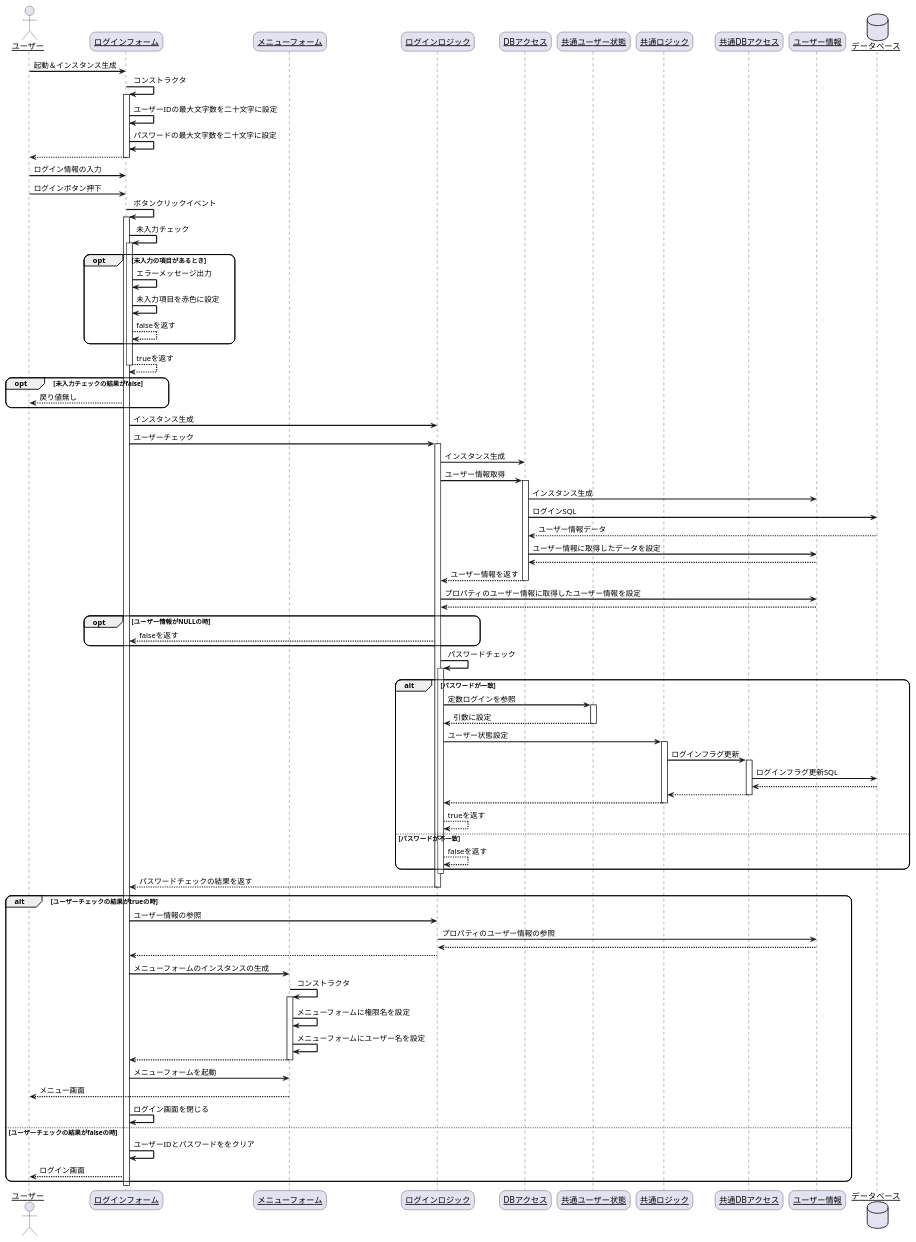
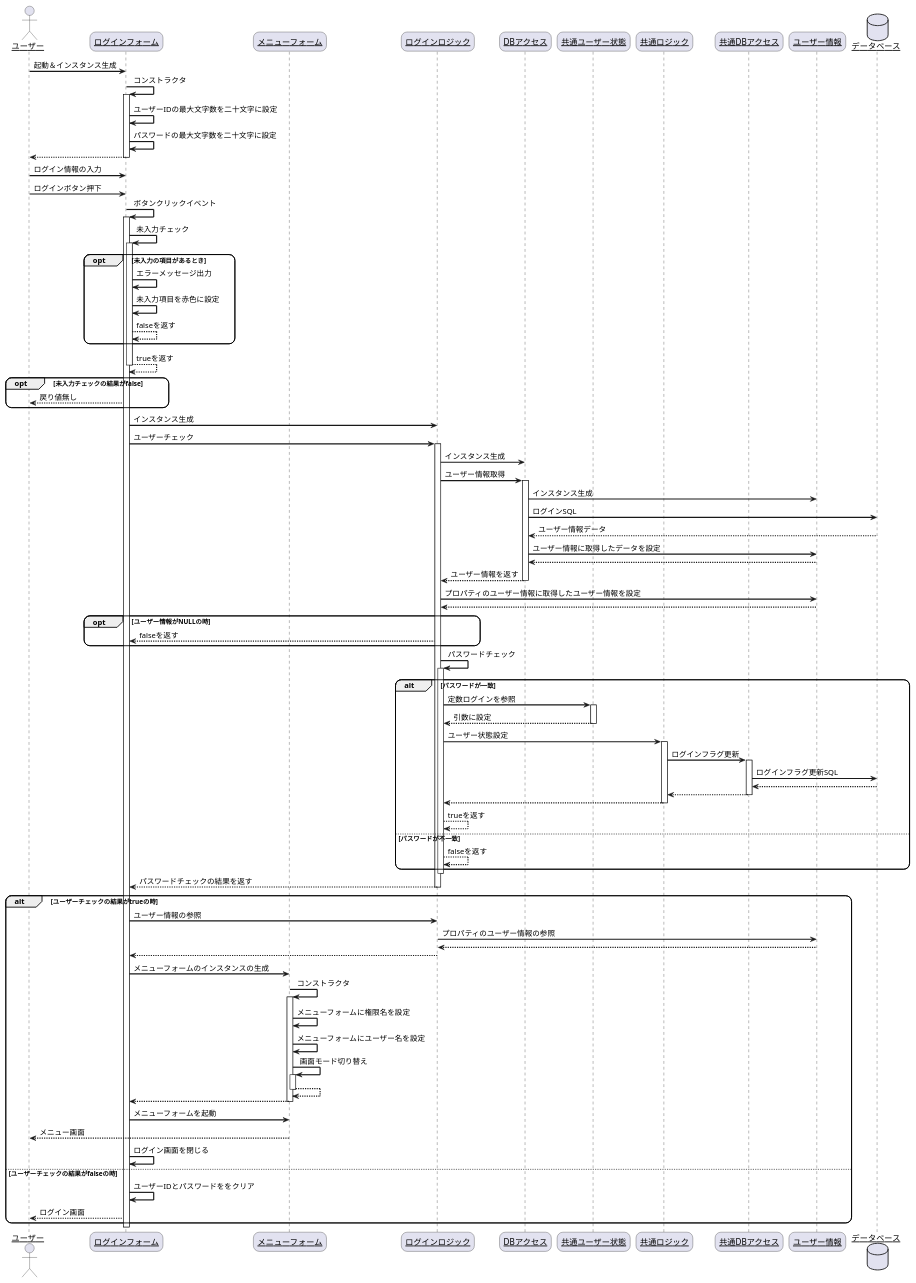
One commit to R-SAIKI/practiceUML changed the diagram in シーケンス図/ログイン.pu. Above: the diagram before and after it, drawn with PlantUML. The commit also changed 9 other files, not shown here.

```diff
--- a/シーケンス図/ログイン.pu
+++ b/シーケンス図/ログイン.pu
@@ -1,108 +1,112 @@
 @startuml
 skinparam sequenceArrowThickness 2
 skinparam roundcorner 20
 skinparam maxmessagesize 60
 skinparam sequenceParticipant underline
 
 actor "ユーザー" as user
 participant "ログインフォーム" as login_form
 participant "メニューフォーム" as menu_form
 participant "ログインロジック" as login_logic
 participant "DBアクセス" as data_acces
 participant "共通ユーザー状態" as enum_user
 participant "共通ロジック" as common_logic
 participant "共通DBアクセス" as common_db
 participant "ユーザー情報" as user_info
 database "データベース" as db
 
 user -> login_form: 起動＆インスタンス生成
 login_form -> login_form: コンストラクタ
 activate login_form
 login_form -> login_form:ユーザーIDの最大文字数を二十文字に設定
 login_form -> login_form:パスワードの最大文字数を二十文字に設定
 
 login_form --> user:
 deactivate login_form
 user -> login_form: ログイン情報の入力
 user -> login_form: ログインボタン押下
 login_form -> login_form: ボタンクリックイベント
 activate login_form
 
 login_form -> login_form: 未入力チェック
 activate login_form
 opt 未入力の項目があるとき
     login_form -> login_form: エラーメッセージ出力
     login_form -> login_form: 未入力項目を赤色に設定
     login_form --> login_form:falseを返す
 end
 login_form --> login_form:trueを返す
 deactivate login_form
 opt 未入力チェックの結果がfalse
     login_form --> user:戻り値無し
 end
 login_form -> login_logic: インスタンス生成
 login_form -> login_logic: ユーザーチェック
 activate login_logic
 login_logic -> data_acces: インスタンス生成
 login_logic -> data_acces: ユーザー情報取得
 activate data_acces
 
 data_acces -> user_info: インスタンス生成
 data_acces -> db: ログインSQL
 db --> data_acces: ユーザー情報データ
 data_acces -> user_info: ユーザー情報に取得したデータを設定
 user_info --> data_acces:
 data_acces --> login_logic: ユーザー情報を返す
 deactivate data_acces
 login_logic -> user_info: プロパティのユーザー情報に取得したユーザー情報を設定
 user_info --> login_logic: 
 opt ユーザー情報がNULLの時
     login_logic --> login_form: falseを返す
 end
 login_logic -> login_logic: パスワードチェック
 activate login_logic
 alt パスワードが一致
     login_logic -> enum_user: 定数ログインを参照
     activate enum_user
     enum_user --> login_logic: 引数に設定
     deactivate enum_user
     login_logic -> common_logic: ユーザー状態設定
     activate common_logic
     common_logic -> common_db: ログインフラグ更新
     activate common_db
     common_db -> db: ログインフラグ更新SQL
     db --> common_db: 
     common_db --> common_logic: 
     deactivate common_db
     common_logic --> login_logic: 
     deactivate common_logic
     login_logic --> login_logic: trueを返す
 else パスワードが不一致
     login_logic --> login_logic: falseを返す
 end
 deactivate login_logic
 login_logic --> login_form: パスワードチェックの結果を返す
 deactivate login_logic
 deactivate login_logic
 alt ユーザーチェックの結果がtrueの時
     login_form -> login_logic: ユーザー情報の参照
     login_logic -> user_info: プロパティのユーザー情報の参照
     user_info --> login_logic: 
     login_logic --> login_form: 
     login_form -> menu_form: メニューフォームのインスタンスの生成
     menu_form -> menu_form: コンストラクタ
     activate menu_form
     menu_form -> menu_form: メニューフォームに権限名を設定
     menu_form -> menu_form: メニューフォームにユーザー名を設定
+    menu_form -> menu_form: 画面モード切り替え
+    activate menu_form
+    menu_form --> menu_form: 
+    deactivate menu_form
     menu_form --> login_form: 
     deactivate menu_form
     login_form -> menu_form: メニューフォームを起動
     menu_form --> user: メニュー画面
     login_form -> login_form: ログイン画面を閉じる
 else ユーザーチェックの結果がfalseの時
     login_form -> login_form: ユーザーIDとパスワードををクリア
     login_form --> user: ログイン画面
 end
 deactivate login_form
 
 @enduml
```
